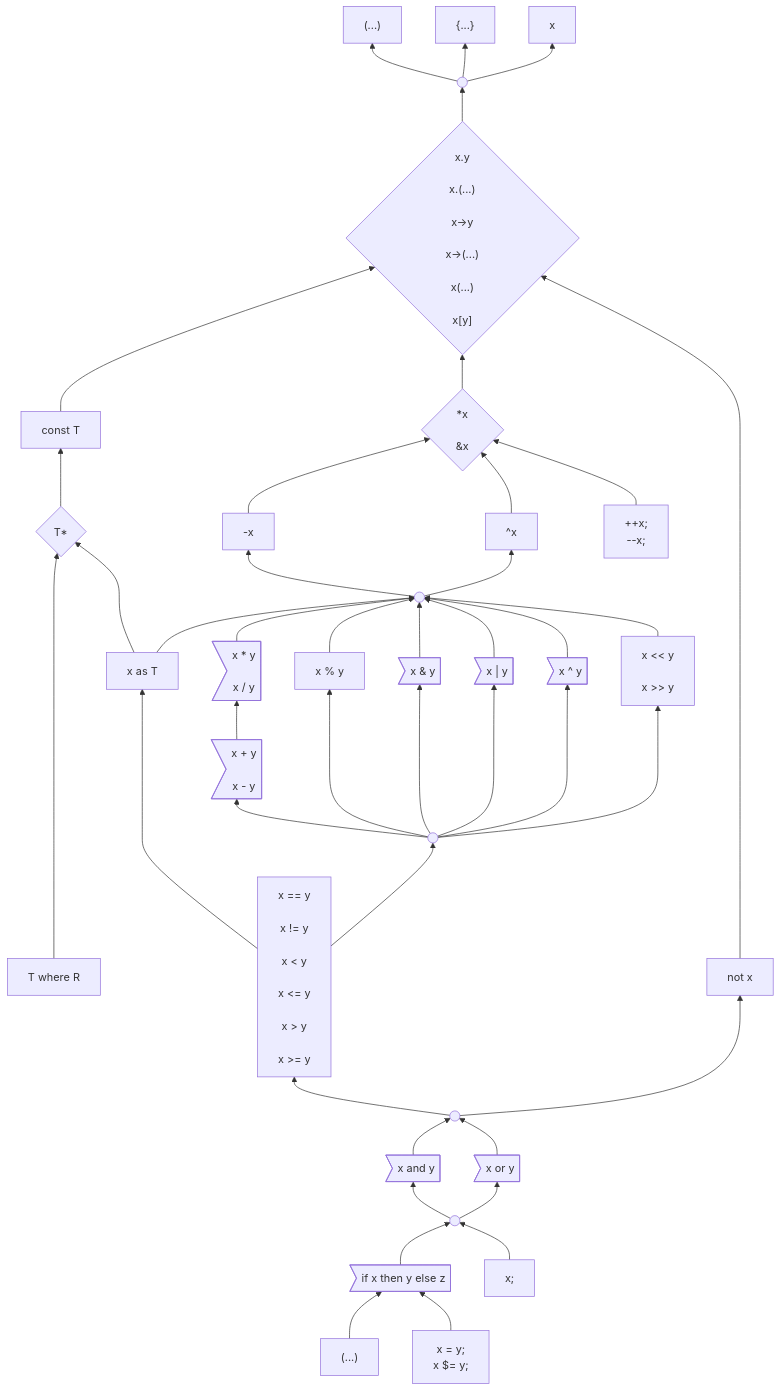
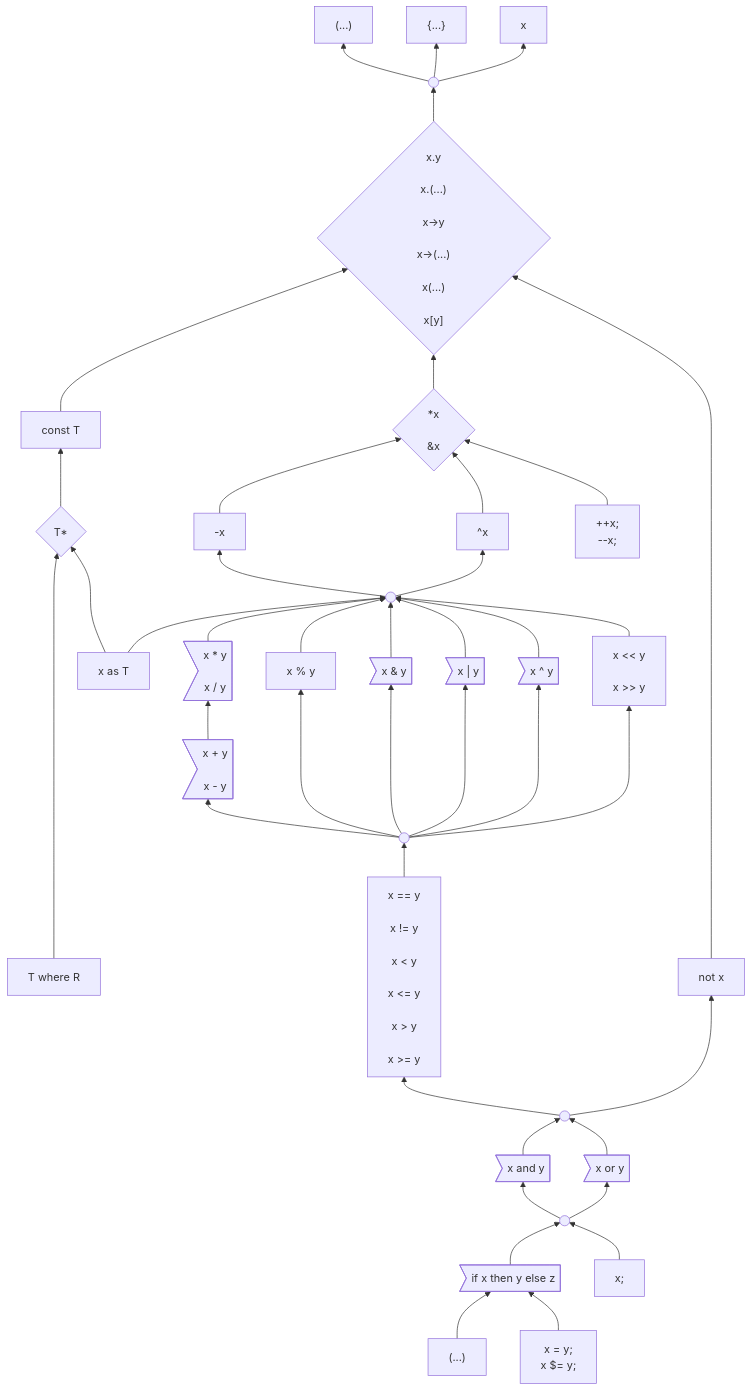
One commit to carbon-language/carbon-lang changed the first of 3 diagrams in docs/design/expressions/README.md. Above: the diagram before and after it, drawn with Mermaid.

Commit message:
Checkpoint progress.

```diff
--- a/docs/design/expressions/README.md
+++ b/docs/design/expressions/README.md
@@ -171,7 +171,6 @@
     addition --> multiplication
     binaryOps --> addition & modulo & bitwise_and & bitwise_or & bitwise_xor & shift
     comparison --> binaryOps
-    comparison ----> as
     %% where ----> binaryOps
     logicalOperand --> comparison & not
     and & or --> logicalOperand
```
